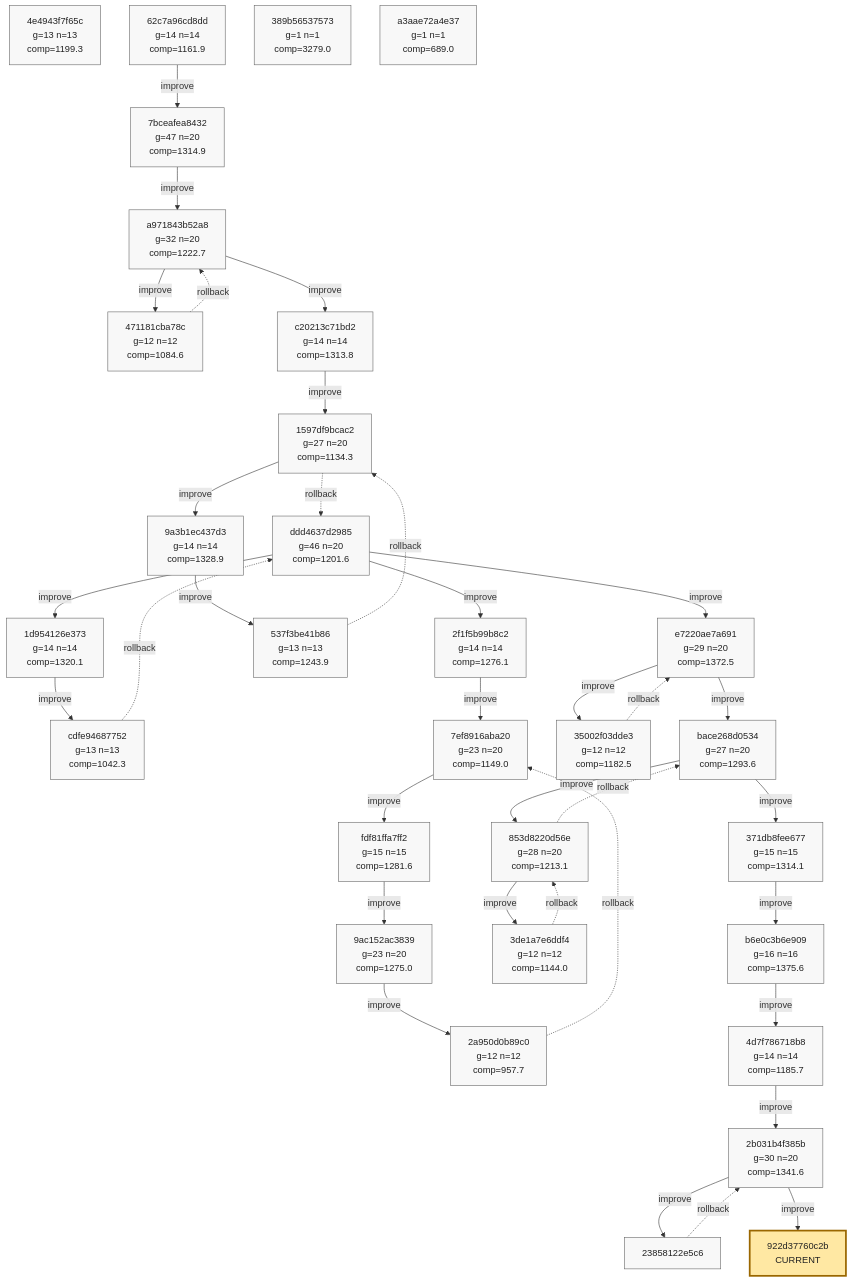
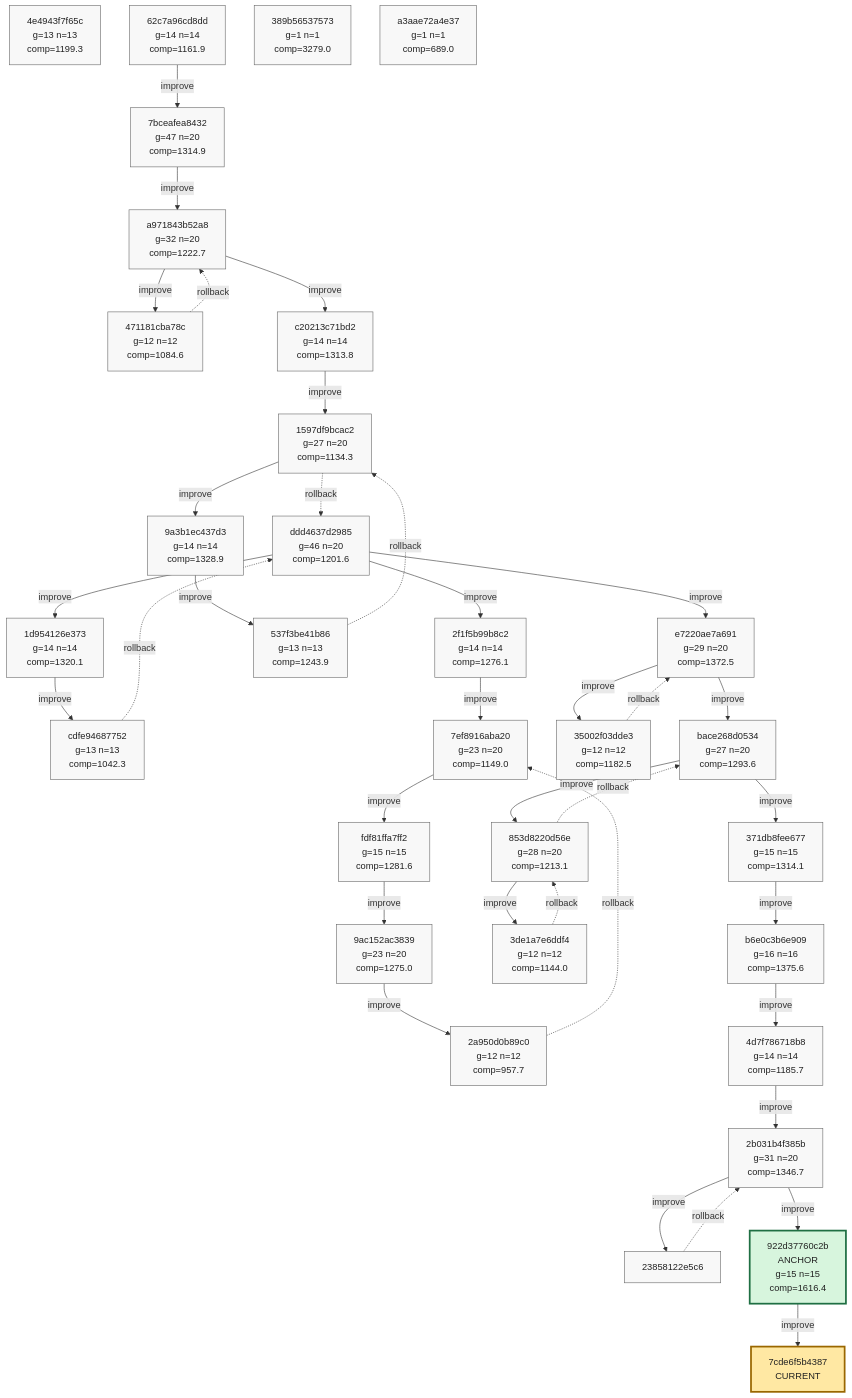
The ninth of 9 diagrams in phyrogenetic-tree.md (azumag/soviet_now), drawn with Mermaid before and after one commit. The commit also changed other lines of this file and 2 other files, not shown here.

Commit message:
eloop Improve after 12 games (scores: 2325 965 1168 4211 1813 2338 1581 1037 2585 901 2545 1231)

````diff
--- a/phyrogenetic-tree.md
+++ b/phyrogenetic-tree.md
@@ -2256,11 +2257,12 @@
     h_371db8fee677["371db8fee677<br/>g=15 n=15<br/>comp=1314.1"]
     h_b6e0c3b6e909["b6e0c3b6e909<br/>g=16 n=16<br/>comp=1375.6"]
     h_4d7f786718b8["4d7f786718b8<br/>g=14 n=14<br/>comp=1185.7"]
-    h_2b031b4f385b["2b031b4f385b<br/>g=30 n=20<br/>comp=1341.6"]
+    h_2b031b4f385b["2b031b4f385b<br/>g=31 n=20<br/>comp=1346.7"]
     h_23858122e5c6["23858122e5c6"]
+    h_922d37760c2b["922d37760c2b<br/>ANCHOR<br/>g=15 n=15<br/>comp=1616.4"]
     h_389b56537573["389b56537573<br/>g=1 n=1<br/>comp=3279.0"]
     h_a3aae72a4e37["a3aae72a4e37<br/>g=1 n=1<br/>comp=689.0"]
-    h_922d37760c2b["922d37760c2b<br/>CURRENT"]
+    h_7cde6f5b4387["7cde6f5b4387<br/>CURRENT"]
 
     h_ddd4637d2985 -->|improve| h_1d954126e373
     h_1d954126e373 -->|improve| h_cdfe94687752
@@ -2296,6 +2298,7 @@
     h_2b031b4f385b -->|improve| h_23858122e5c6
     h_23858122e5c6 -. rollback .-> h_2b031b4f385b
     h_2b031b4f385b -->|improve| h_922d37760c2b
+    h_922d37760c2b -->|improve| h_7cde6f5b4387
 
     classDef plain fill:#f8f8f8,stroke:#666,stroke-width:1px,color:#222;
     classDef current fill:#ffe8a3,stroke:#9a6700,stroke-width:3px,color:#222;
@@ -2329,7 +2332,8 @@
     class h_4d7f786718b8 plain;
     class h_2b031b4f385b plain;
     class h_23858122e5c6 plain;
+    class h_922d37760c2b anchor;
     class h_389b56537573 plain;
     class h_a3aae72a4e37 plain;
-    class h_922d37760c2b current;
+    class h_7cde6f5b4387 current;
 ```
````
